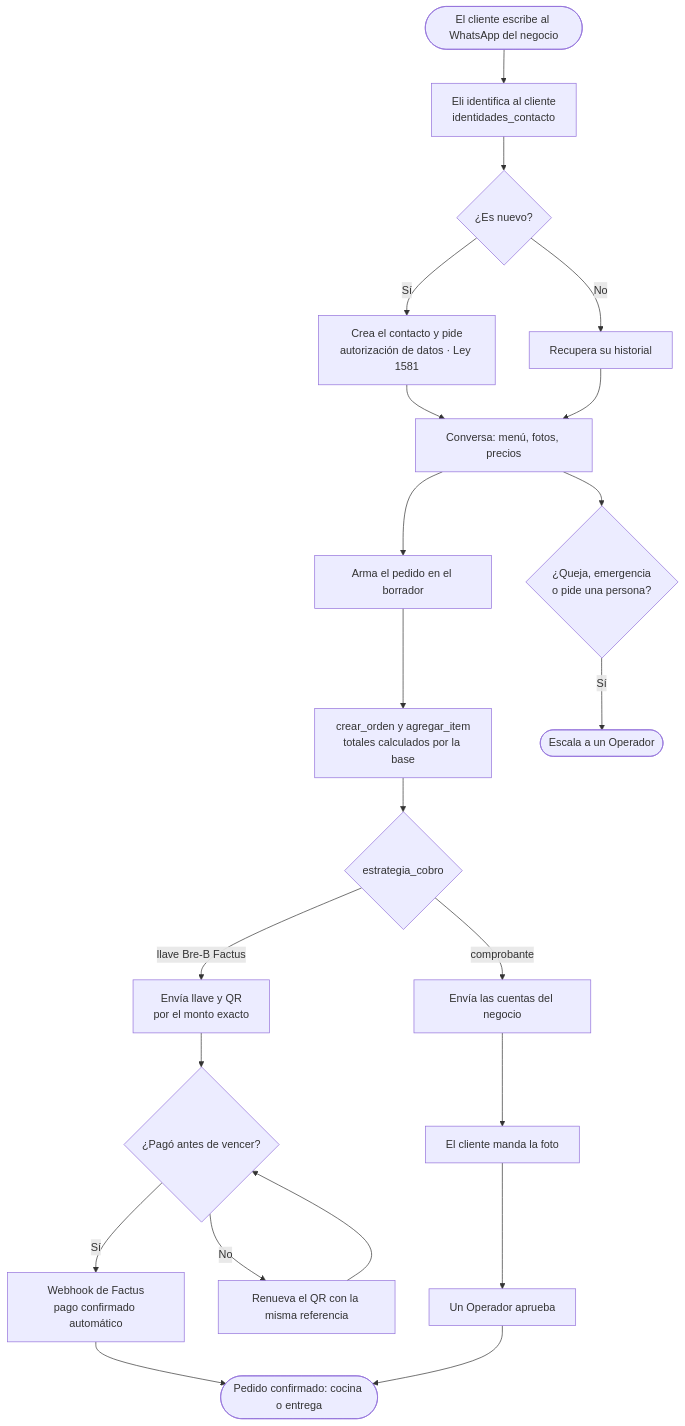
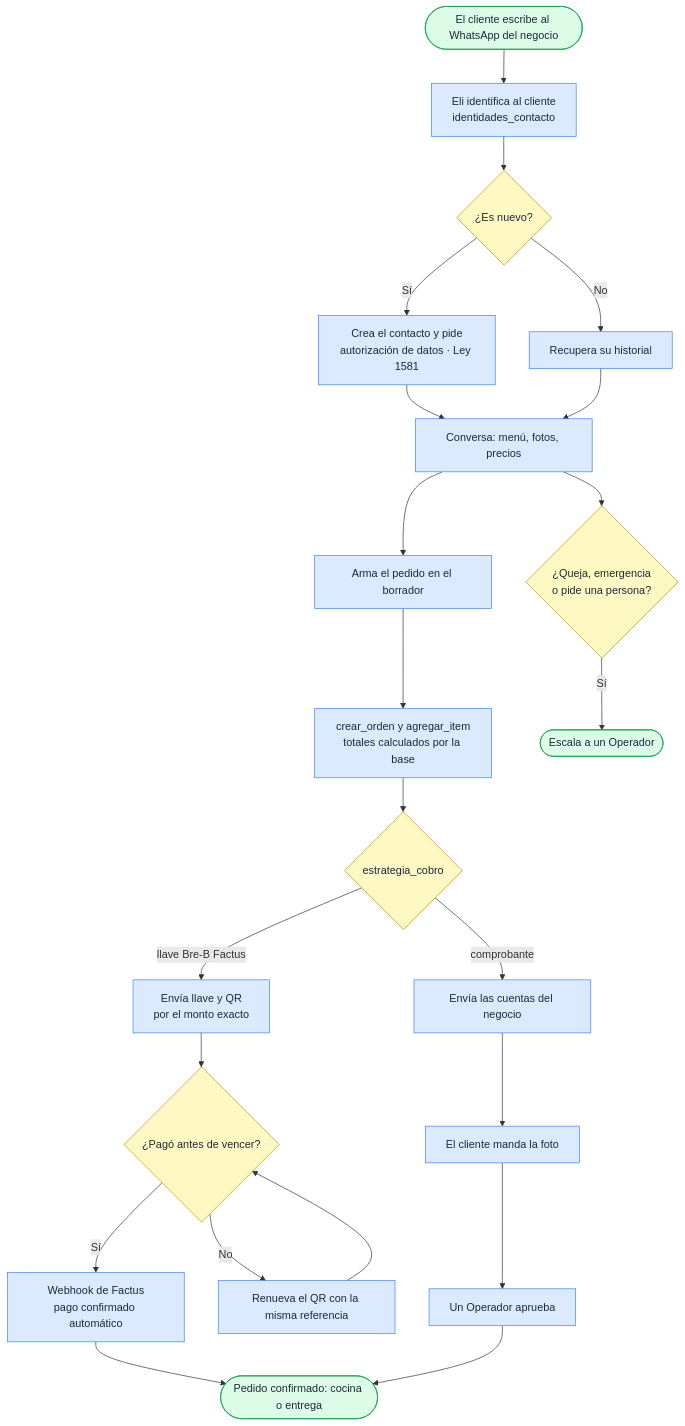
The first of 2 diagrams in docs/03_flujos_usuario/05_cliente_whatsapp.md (svzapatac/Elius), drawn with Mermaid before and after one commit. The commit also changed other lines of this file and 46 other files, not shown here.

````diff
--- a/docs/03_flujos_usuario/05_cliente_whatsapp.md
+++ b/docs/03_flujos_usuario/05_cliente_whatsapp.md
@@ -5,24 +5,29 @@
 ```mermaid
 flowchart TD
   A([El cliente escribe al WhatsApp del negocio]) --> B[Eli identifica al cliente<br/>identidades_contacto]
   B --> C{¿Es nuevo?}
   C -- Sí --> D[Crea el contacto y pide<br/>autorización de datos · Ley 1581]
   C -- No --> E[Recupera su historial]
   D --> F[Conversa: menú, fotos, precios]
   E --> F
   F --> G[Arma el pedido en el borrador]
   G --> H[crear_orden y agregar_item<br/>totales calculados por la base]
   H --> I{estrategia_cobro}
   I -- llave Bre-B Factus --> J[Envía llave y QR<br/>por el monto exacto]
   J --> K{¿Pagó antes de vencer?}
   K -- Sí --> L[Webhook de Factus<br/>pago confirmado automático]
   K -- No --> M[Renueva el QR con la misma referencia]
   M --> K
   I -- comprobante --> N[Envía las cuentas del negocio]
   N --> O[El cliente manda la foto]
   O --> P[Un Operador aprueba]
   L --> Q([Pedido confirmado: cocina o entrega])
   P --> Q
   F --> R{¿Queja, emergencia<br/>o pide una persona?}
   R -- Sí --> S([Escala a un Operador])
+  classDef default fill:#dbeafe,stroke:#3b82f6,color:#1e293b
+  classDef dec fill:#fef9c3,stroke:#ca8a04,color:#1e293b
+  classDef ok fill:#dcfce7,stroke:#16a34a,color:#1e293b
+  class C,I,K,R dec
+  class A,Q,S ok
 ```
````
